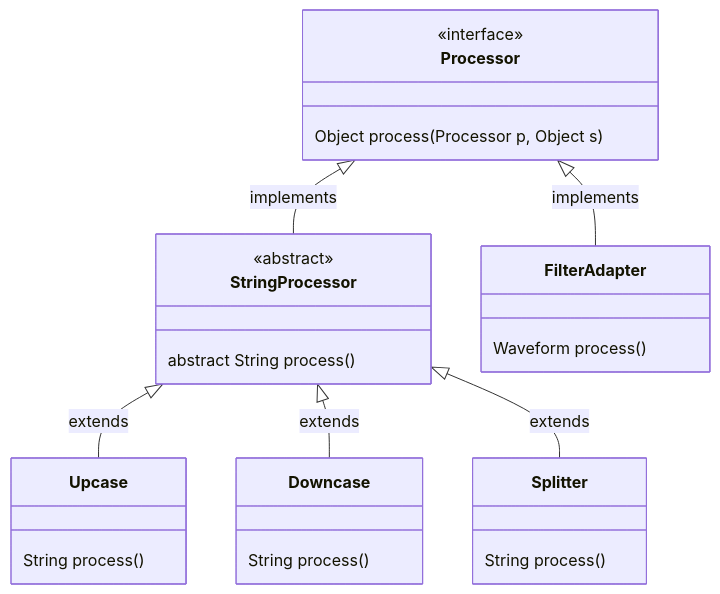
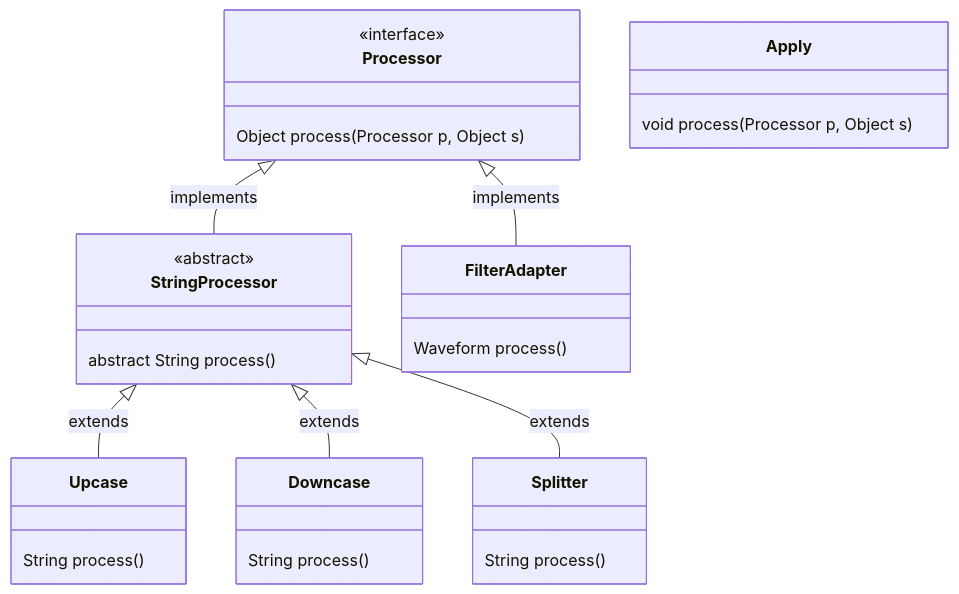
The third of 4 diagrams in source/docs/programming-lang/java/interfaces.rst (zhyantao/docs), drawn with Mermaid before and after one commit. The commit also changed other lines of this file, not shown here.

```diff
--- a/source/docs/programming-lang/java/interfaces.rst
+++ b/source/docs/programming-lang/java/interfaces.rst
@@ -205,20 +216,23 @@
 .. mermaid::
 
     classDiagram
         class Processor
         Processor <|-- StringProcessor : implements
         Processor <|-- FilterAdapter : implements
         <<interface>> Processor
         <<abstract>> StringProcessor
         Processor : Object process(Processor p, Object s)
         FilterAdapter : Waveform process()
         
         class StringProcessor
         <<abstract>> StringProcessor
         StringProcessor : abstract String process()
         StringProcessor <|-- Upcase : extends
         StringProcessor <|-- Downcase : extends
         StringProcessor <|-- Splitter : extends
         Upcase : String  process()
         Downcase : String  process()
         Splitter : String  process()
+
+        class Apply
+        Apply : void process(Processor p, Object s)
```
